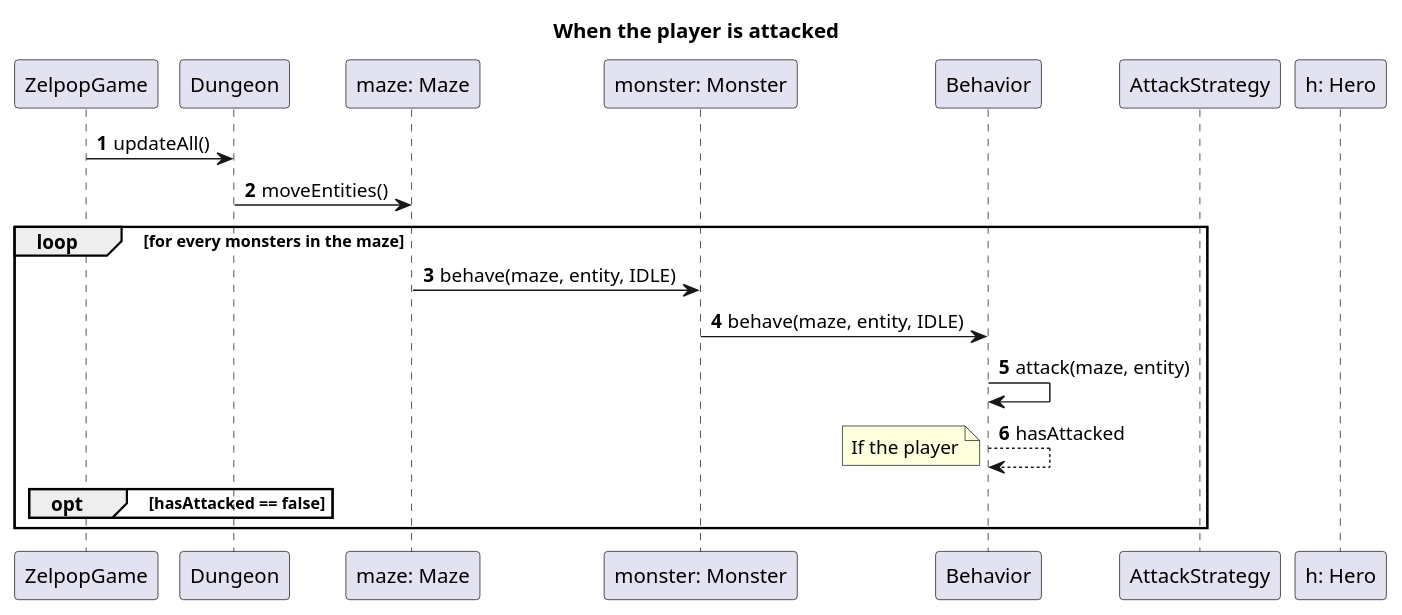
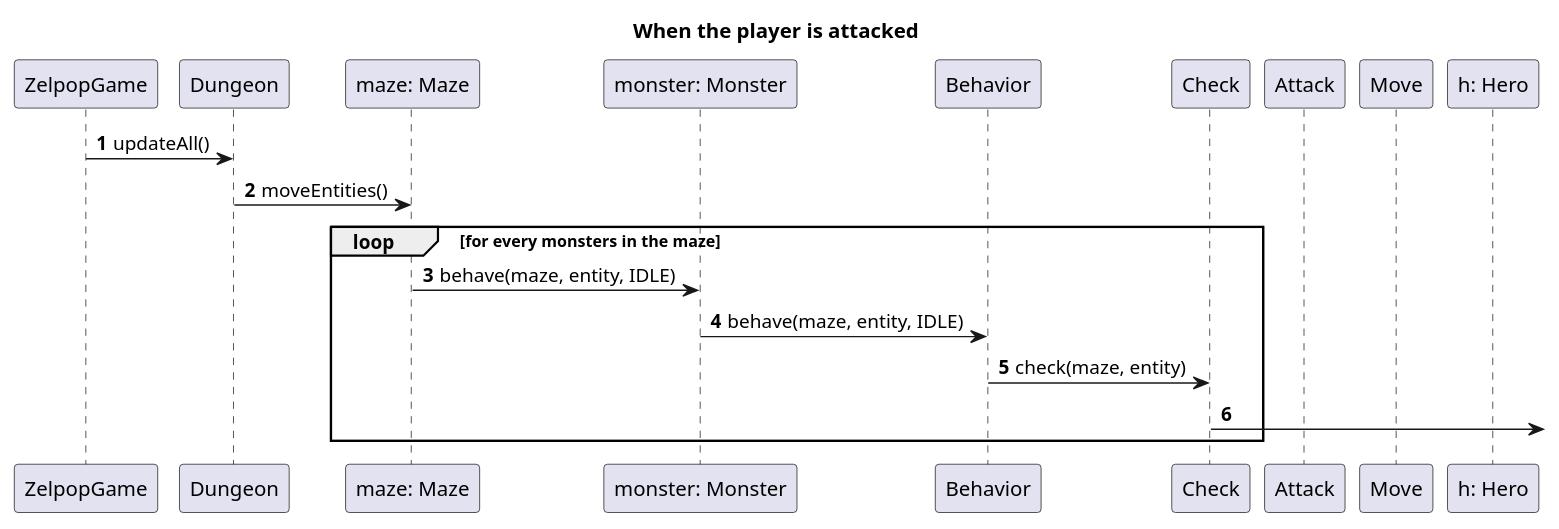
One commit to Reynault/ACL_2019_Zelpop changed the diagram in doc/second_sprint/diagrams/puml/sequences/PlayerIsAttacked.puml. Above: the diagram before and after it, drawn with PlantUML. The commit also changed 8 other files, not shown here.

Commit message:
second sprint: update class diagrams

```diff
--- a/doc/second_sprint/diagrams/puml/sequences/PlayerIsAttacked.puml
+++ b/doc/second_sprint/diagrams/puml/sequences/PlayerIsAttacked.puml
@@ -1,38 +1,32 @@
 @startuml
 
 title When the player is attacked
 autonumber
 
 participant ZelpopGame as z
 participant Dungeon as d
 participant "maze: Maze" as m
 participant "monster: Monster" as e
 participant "Behavior" as b
-participant AttackStrategy as as
+participant Check as check
+participant Attack as attack
+participant Move as move
 participant "h: Hero" as h
 
 z -> d: updateAll()
 
 d -> m: moveEntities()
 
 loop for every monsters in the maze
 
     m -> e: behave(maze, entity, IDLE)
 
     e -> b: behave(maze, entity, IDLE)
 
-    b -> b: attack(maze, entity)
+    b -> check: check(maze, entity)
 
-    b --> b: hasAttacked
-
-    note left
-        If the player
-    end note
-
-    opt hasAttacked == false
-
-    end
+    check ->
 
 end
 
 @enduml
```
